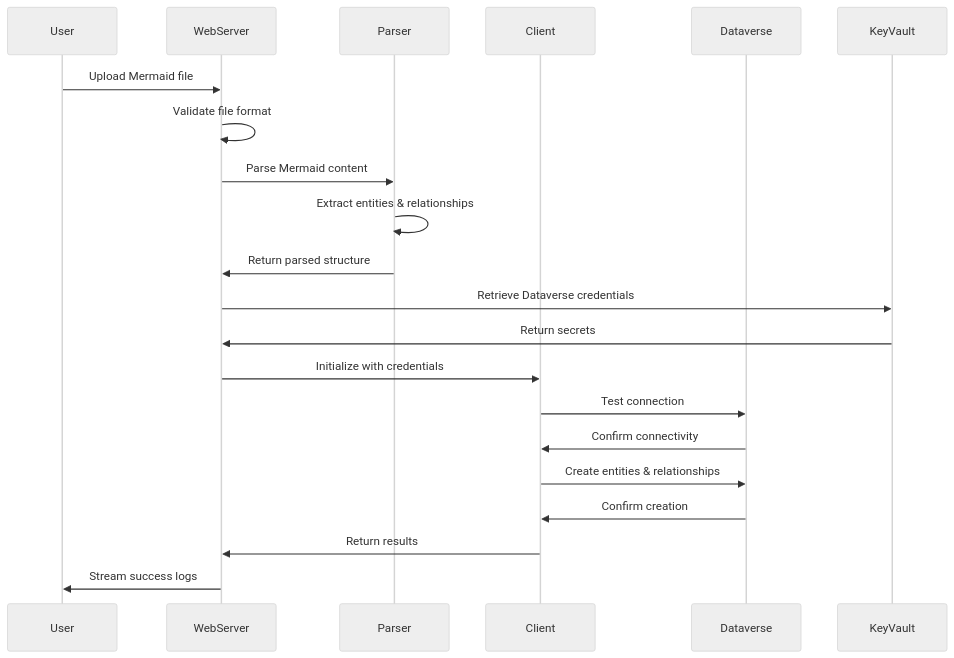
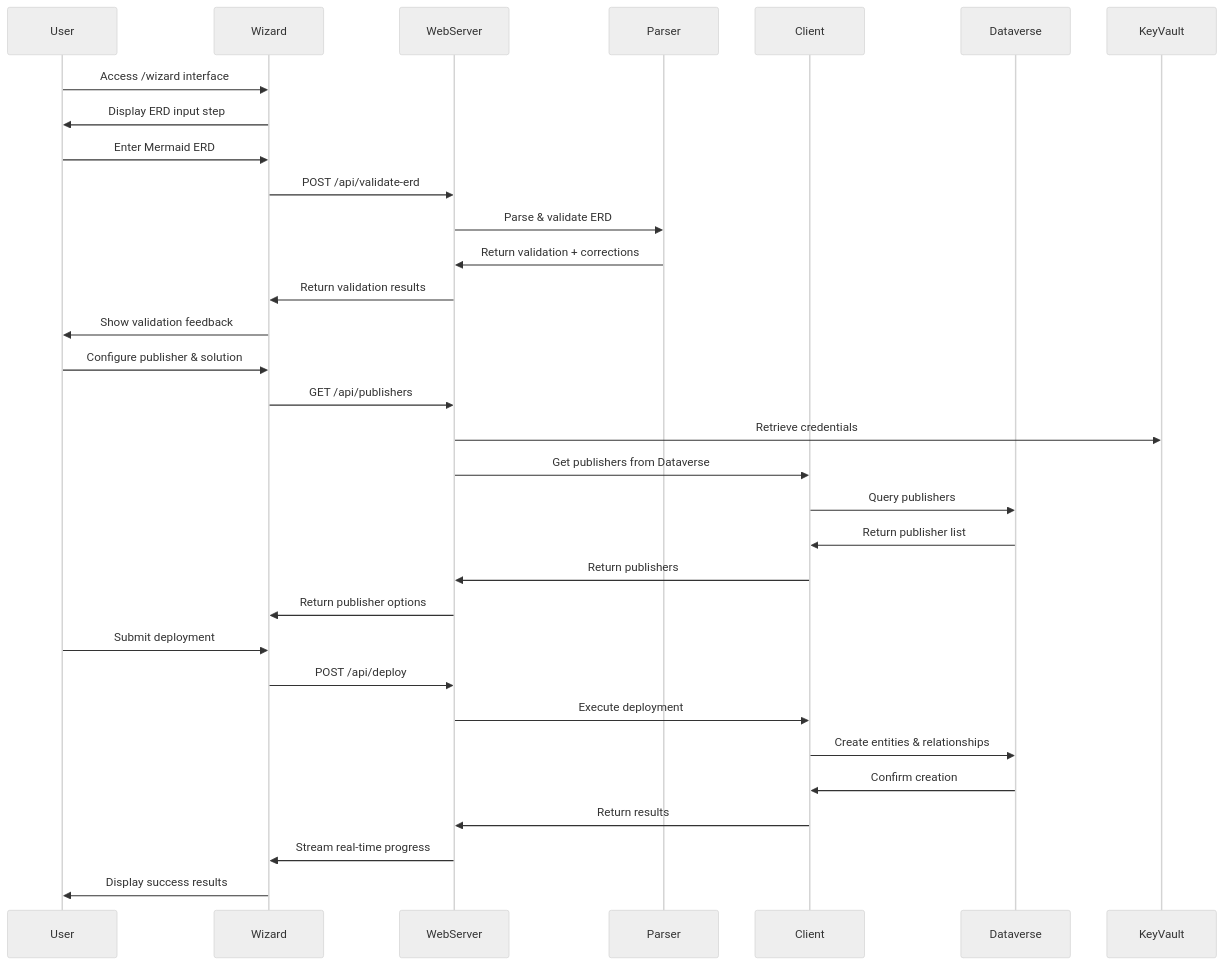
One commit to LuiseFreese/mermaid changed the third of 4 diagrams in docs/ARCHITECTURE.md. Above: the diagram before and after it, drawn with Mermaid (neutral theme). The commit also changed other lines of this file and 33 other files, not shown here.

````diff
--- a/docs/ARCHITECTURE.md
+++ b/docs/ARCHITECTURE.md
@@ -177,24 +317,37 @@
 ```mermaid
 sequenceDiagram
     participant User
+    participant Wizard
     participant WebServer
     participant Parser
     participant Client
     participant Dataverse
     participant KeyVault
 
-    User->>WebServer: Upload Mermaid file
-    WebServer->>WebServer: Validate file format
-    WebServer->>Parser: Parse Mermaid content
-    Parser->>Parser: Extract entities & relationships
-    Parser->>WebServer: Return parsed structure
-    WebServer->>KeyVault: Retrieve Dataverse credentials
-    KeyVault->>WebServer: Return secrets
-    WebServer->>Client: Initialize with credentials
-    Client->>Dataverse: Test connection
-    Dataverse->>Client: Confirm connectivity
+    User->>Wizard: Access /wizard interface
+    Wizard->>User: Display ERD input step
+    User->>Wizard: Enter Mermaid ERD
+    Wizard->>WebServer: POST /api/validate-erd
+    WebServer->>Parser: Parse & validate ERD
+    Parser->>WebServer: Return validation + corrections
+    WebServer->>Wizard: Return validation results
+    Wizard->>User: Show validation feedback
+    
+    User->>Wizard: Configure publisher & solution
+    Wizard->>WebServer: GET /api/publishers
+    WebServer->>KeyVault: Retrieve credentials
+    WebServer->>Client: Get publishers from Dataverse
+    Client->>Dataverse: Query publishers
+    Dataverse->>Client: Return publisher list
+    Client->>WebServer: Return publishers
+    WebServer->>Wizard: Return publisher options
+    
+    User->>Wizard: Submit deployment
+    Wizard->>WebServer: POST /api/deploy
+    WebServer->>Client: Execute deployment
     Client->>Dataverse: Create entities & relationships
     Dataverse->>Client: Confirm creation
     Client->>WebServer: Return results
-    WebServer->>User: Stream success logs
+    WebServer->>Wizard: Stream real-time progress
+    Wizard->>User: Display success results
 ```
````
